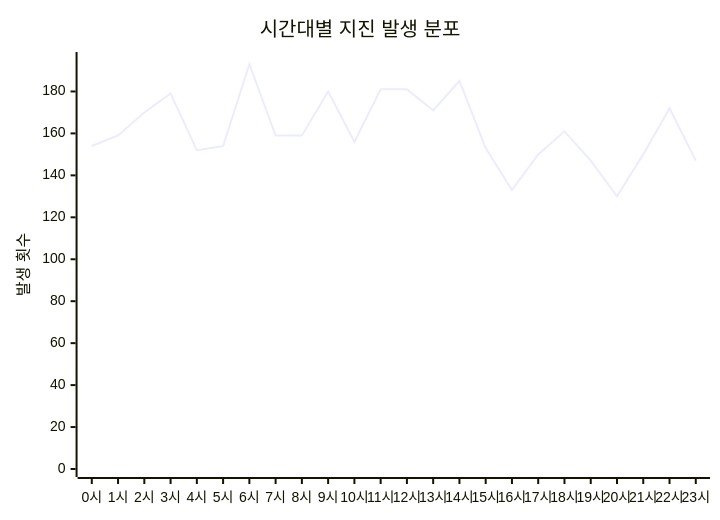
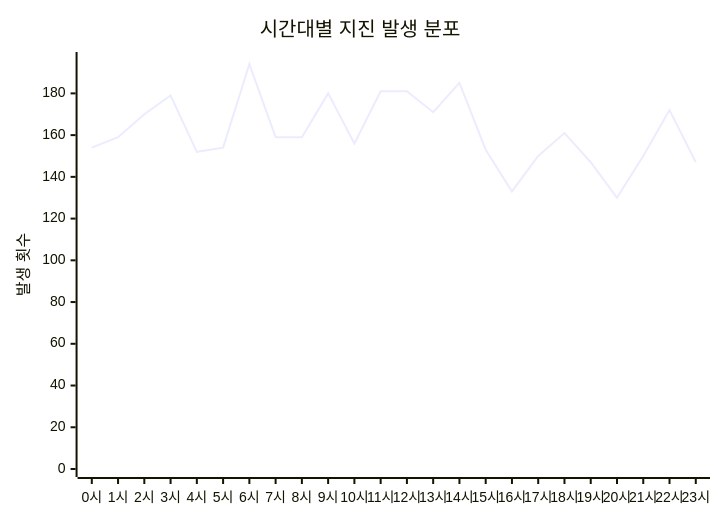
The diagram in charts/time-chart.md (serendip811/japan-eq), drawn with Mermaid before and after one commit. The commit also changed other lines of this file and 5 other files, not shown here.

Commit message:
Update earthquake data and charts Mon Mar 23 06:27:39 UTC 2026

````diff
--- a/charts/time-chart.md
+++ b/charts/time-chart.md
@@ -3,7 +3,7 @@
 ```mermaid
 xychart-beta
     title "시간대별 지진 발생 분포"
     x-axis ["0시", "1시", "2시", "3시", "4시", "5시", "6시", "7시", "8시", "9시", "10시", "11시", "12시", "13시", "14시", "15시", "16시", "17시", "18시", "19시", "20시", "21시", "22시", "23시"]
-    y-axis "발생 횟수" 0 --> 195
-    line [154, 159, 170, 179, 152, 154, 193, 159, 159, 180, 156, 181, 181, 171, 185, 153, 133, 150, 161, 147, 130, 150, 172, 147]
+    y-axis "발생 횟수" 0 --> 196
+    line [154, 159, 170, 179, 152, 154, 194, 159, 159, 180, 156, 181, 181, 171, 185, 153, 133, 150, 161, 147, 130, 150, 172, 147]
 ```
````
